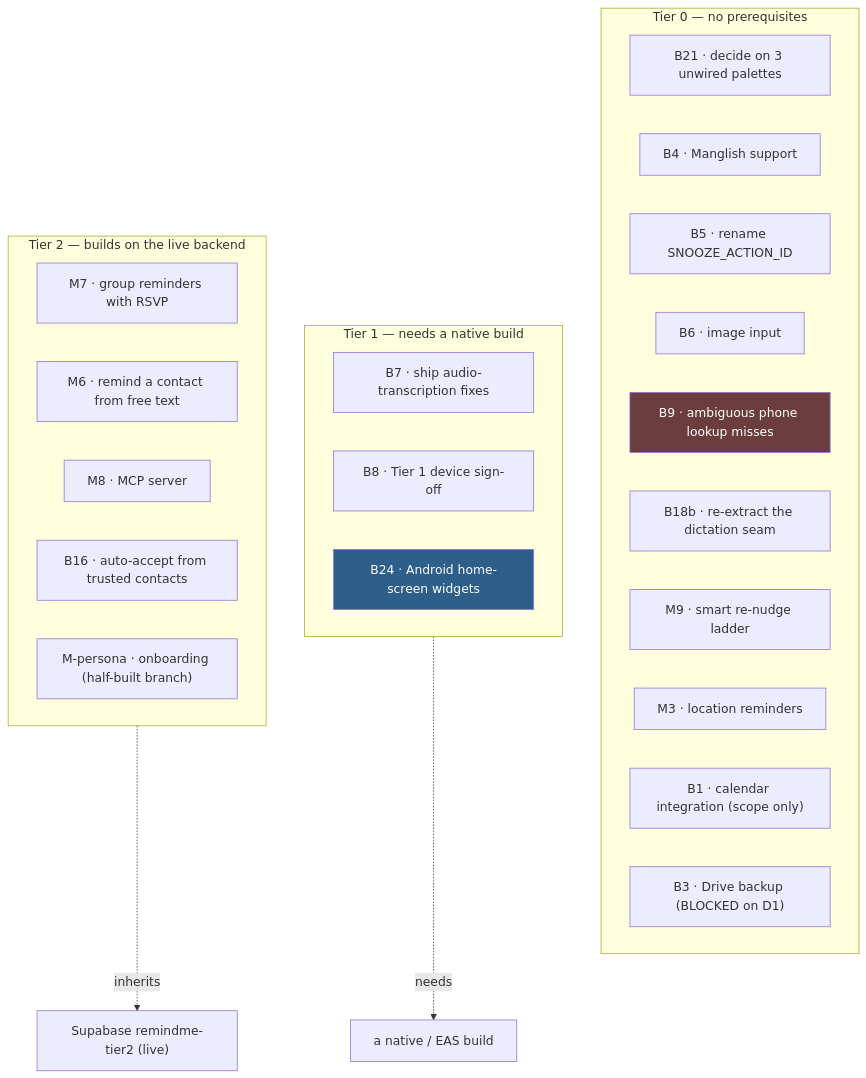
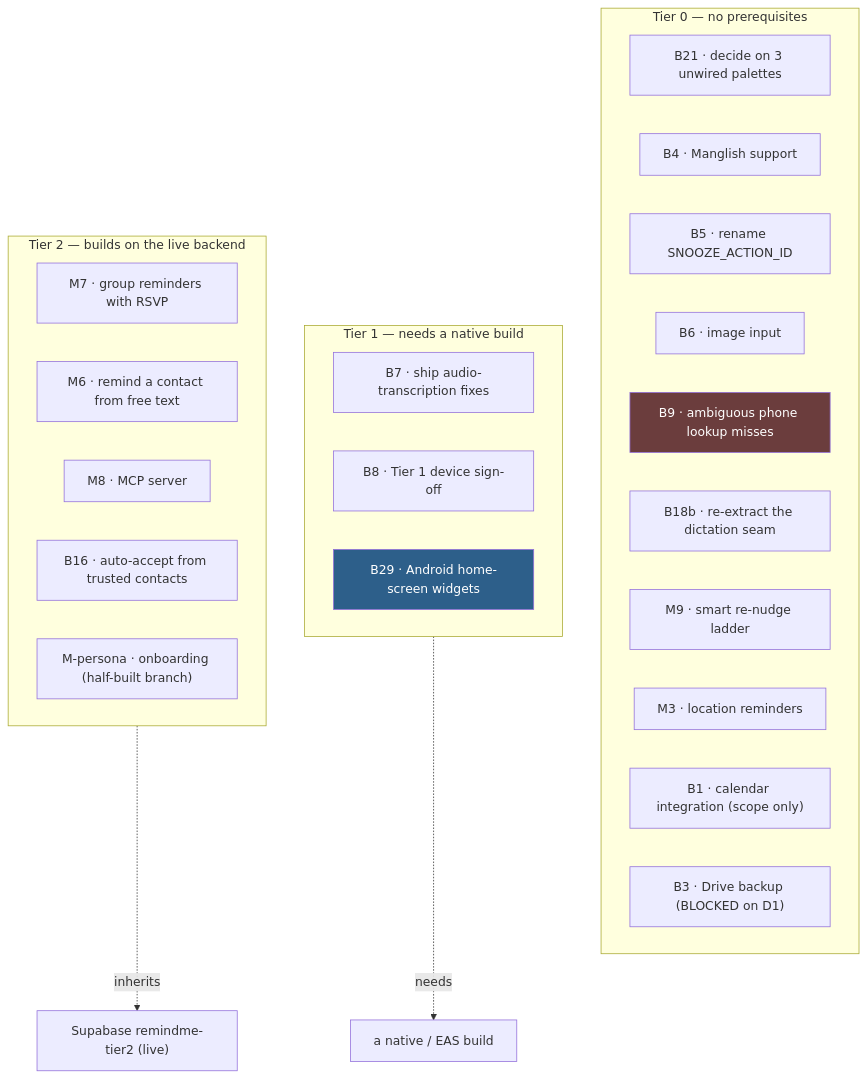
One commit to AJ-72/remindme changed the second of 2 diagrams in docs/knowledge/06-features.md. Above: the diagram before and after it, drawn with Mermaid. The commit also changed other lines of this file and 20 other files, not shown here.

````diff
--- a/docs/knowledge/06-features.md
+++ b/docs/knowledge/06-features.md
@@ -110,35 +110,35 @@
 ```mermaid
 flowchart TB
     subgraph T0["Tier 0 — no prerequisites"]
         B21["B21 · decide on 3 unwired palettes"]
         B4["B4 · Manglish support"]
         B5["B5 · rename SNOOZE_ACTION_ID"]
         B6["B6 · image input"]
         B9["B9 · ambiguous phone lookup misses"]
         B18b["B18b · re-extract the dictation seam"]
         M9["M9 · smart re-nudge ladder"]
         M3["M3 · location reminders"]
         B1["B1 · calendar integration (scope only)"]
         B3["B3 · Drive backup (BLOCKED on D1)"]
     end
 
     subgraph T1["Tier 1 — needs a native build"]
         B7["B7 · ship audio-transcription fixes"]
         B8["B8 · Tier 1 device sign-off"]
-        B24["B24 · Android home-screen widgets"]
+        B29["B29 · Android home-screen widgets"]
     end
 
     subgraph T2["Tier 2 — builds on the live backend"]
         M7["M7 · group reminders with RSVP"]
         M6["M6 · remind a contact from free text"]
         M8["M8 · MCP server"]
         B16["B16 · auto-accept from trusted contacts"]
         MP["M-persona · onboarding (half-built branch)"]
     end
 
     T1 -.needs.-> NB["a native / EAS build"]
     T2 -.inherits.-> BE["Supabase remindme-tier2 (live)"]
 
     style B9 fill:#6b3d3d,color:#fff
-    style B24 fill:#2d5f8a,color:#fff
+    style B29 fill:#2d5f8a,color:#fff
 ```
````
